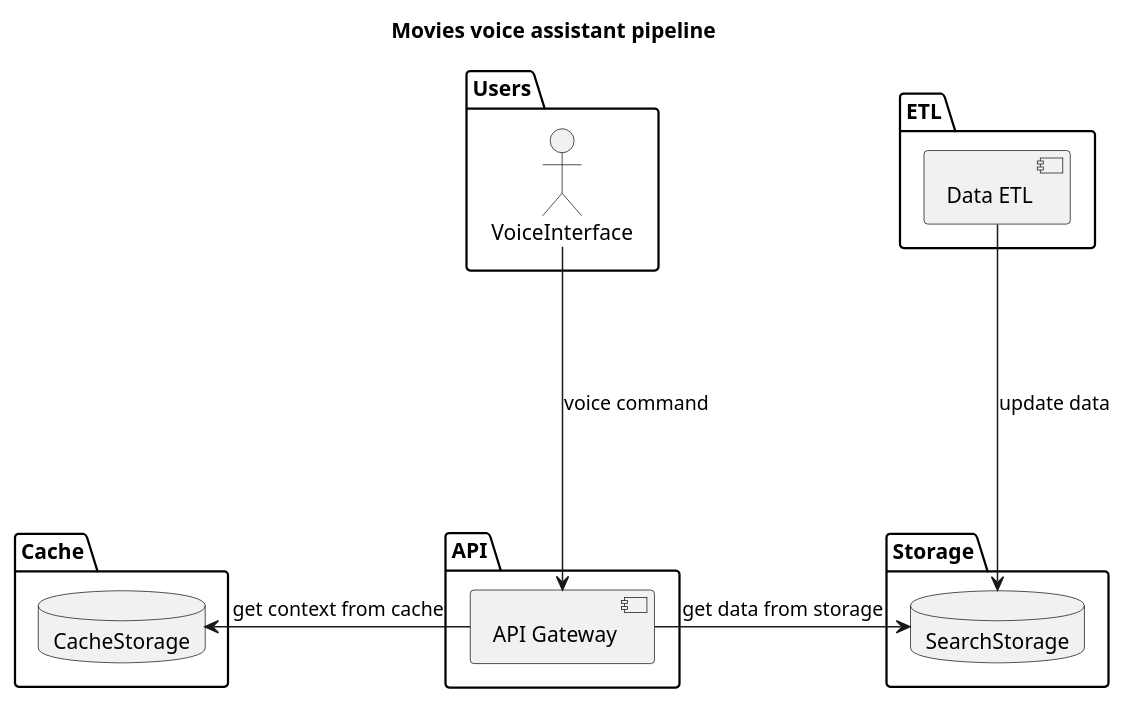
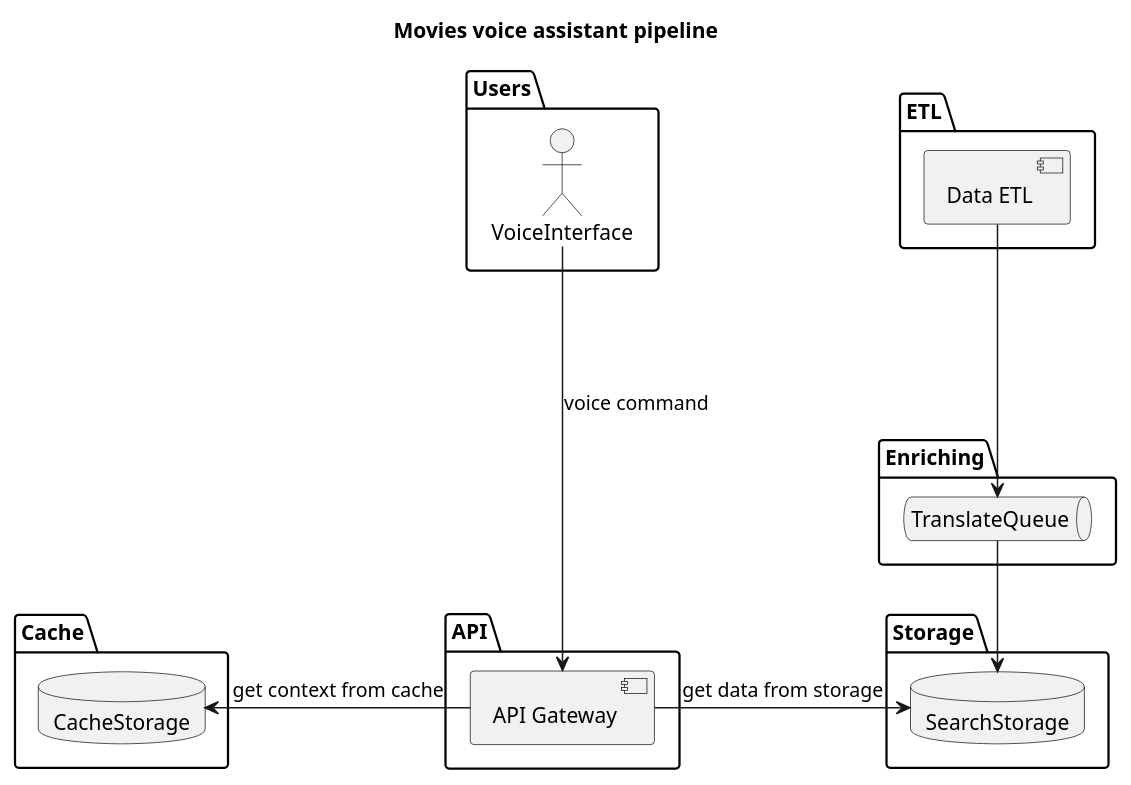
Before and after one commit to artwist-polyakov/voice_assistant_midpy: the diagram in docs/s2-project.puml, drawn with PlantUML.

Commit message:
добавляет переводчик в цепочку действий

```diff
--- a/docs/s2-project.puml
+++ b/docs/s2-project.puml
@@ -1,36 +1,43 @@
 @startuml
 
 title
 <b>Movies voice assistant pipeline</b>
 end title
 
 package Users {
     actor VoiceInterface
 
 }
 
 package ETL {
     [Data ETL]
 }
 
 package API {
     [API Gateway]
 }
 
 package Storage {
    database SearchStorage
 }
 
 package Cache {
     database CacheStorage
 }
 
+package Enriching {
+    queue TranslateQueue
+}
+
 VoiceInterface --down--> [API Gateway] : voice command
 
 [API Gateway] -left-> CacheStorage : get context from cache
 
 [API Gateway] -right-> SearchStorage : get data from storage
 
-[Data ETL] --down--> SearchStorage : update data
+[Data ETL]  --down-> TranslateQueue
+TranslateQueue -down-> SearchStorage
+
+
 
 @enduml
```
